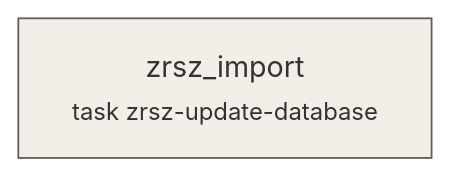
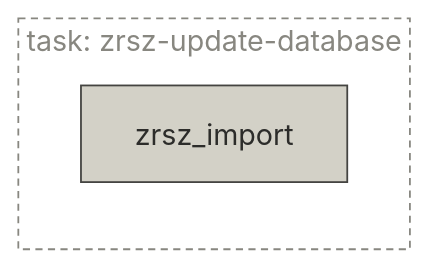
One commit to majazaloznik/umar-automation-scripts changed the diagram in docs/pipelines/task-zrsz-update-database.md. Above: the diagram before and after it, drawn with Mermaid (base theme). The commit also changed 31 other files, not shown here.

Commit message:
Update mermaid plots in pipelines

````diff
--- a/docs/pipelines/task-zrsz-update-database.md
+++ b/docs/pipelines/task-zrsz-update-database.md
@@ -21,8 +21,12 @@
 ```mermaid
 flowchart LR
-  zrsz_import["zrsz_import<br/><small>task zrsz-update-database</small>"]:::step
-  classDef source fill:#FAECE7,stroke:#993C1D
-  classDef step fill:#F1EFE8,stroke:#5F5E5A
-  classDef store fill:#E1F5EE,stroke:#0F6E56
-  classDef output fill:#EEEDFE,stroke:#534AB7
+  
+  subgraph task_zrsz_update_database["task: zrsz-update-database"]
+    zrsz_import["zrsz_import"]:::step
+  end
+  style task_zrsz_update_database fill:none,stroke:#888780,stroke-dasharray:4 3,color:#888780
+  classDef source fill:#F0997B,stroke:#712B13,color:#4A1B0C,stroke-width:1px
+  classDef step fill:#D3D1C7,stroke:#444441,color:#2C2C2A,stroke-width:1px
+  classDef store fill:#5DCAA5,stroke:#085041,color:#04342C,stroke-width:1px
+  classDef output fill:#AFA9EC,stroke:#3C3489,color:#26215C,stroke-width:1px
 ```
````
